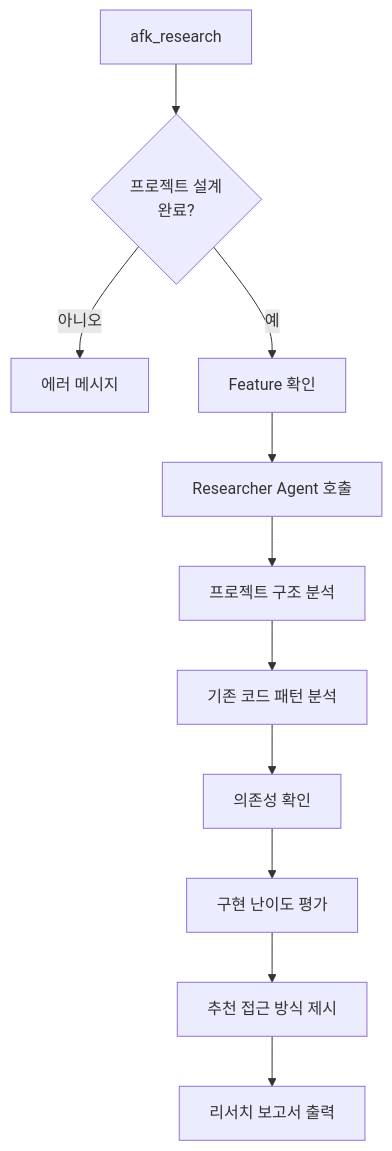
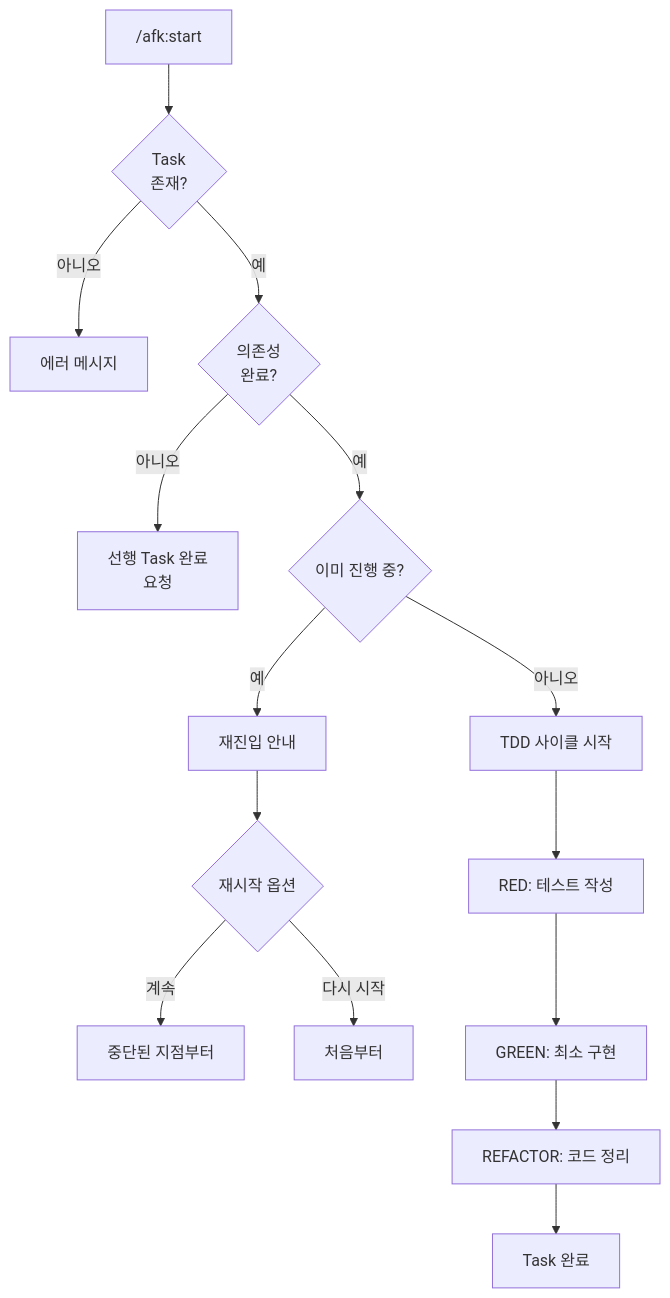
The fourth of 8 diagrams in docs/commands.md (robinseo/afk-mod), drawn with Mermaid before and after one commit. The commit also changed other lines of this file and 11 other files, not shown here.

````diff
--- a/docs/commands.md
+++ b/docs/commands.md
@@ -127,14 +137,21 @@
 ```mermaid
 flowchart TD
-    A[afk_research <feature-id>] --> B{프로젝트 설계<br/>완료?}
+    A["/afk:start <task-id>"] --> B{Task<br/>존재?}
     B -->|아니오| C[에러 메시지]
-    B -->|예| D[Feature 확인]
+    B -->|예| D{의존성<br/>완료?}
 
-    D --> E[Researcher Agent 호출]
-    E --> F[프로젝트 구조 분석]
-    F --> G[기존 코드 패턴 분석]
-    G --> H[의존성 확인]
-    H --> I[구현 난이도 평가]
-    I --> J[추천 접근 방식 제시]
-    J --> K[리서치 보고서 출력]
+    D -->|아니오| E["선행 Task 완료<br/>요청"]
+    D -->|예| F{이미 진행 중?}
+
+    F -->|예| G[재진입 안내]
+    F -->|아니오| H[TDD 사이클 시작]
+
+    G --> I{재시작 옵션}
+    I -->|계속| J[중단된 지점부터]
+    I -->|다시 시작| K[처음부터]
+
+    H --> L["RED: 테스트 작성"]
+    L --> M["GREEN: 최소 구현"]
+    M --> N["REFACTOR: 코드 정리"]
+    N --> O[Task 완료]
 ```
````
